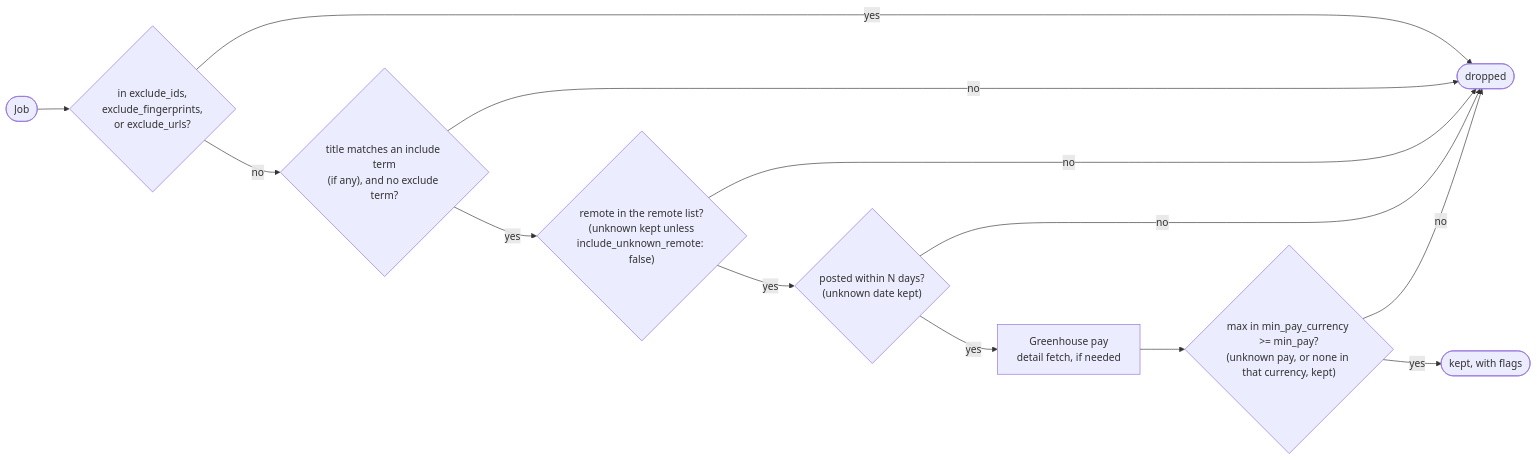
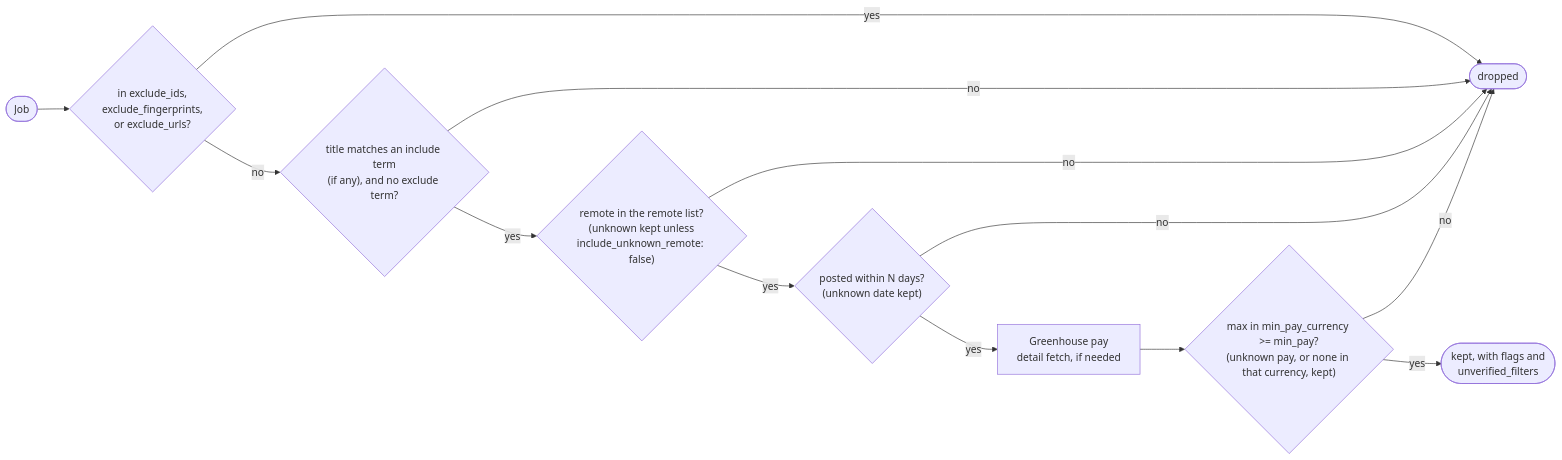
One commit to HakujouRyu/jobboard-mcp changed the third of 3 diagrams in docs/normalization.md. Above: the diagram before and after it, drawn with Mermaid. The commit also changed other lines of this file and 12 other files, not shown here.

First line of the commit message:
Name the filters each swept job was kept under without checking

````diff
--- a/docs/normalization.md
+++ b/docs/normalization.md
@@ -197,15 +198,15 @@
 ```mermaid
 flowchart LR
     job(["Job"]) --> ex{"in exclude_ids,<br/>exclude_fingerprints,<br/>or exclude_urls?"}
     ex -- yes --> drop(["dropped"])
     ex -- no --> title{"title matches an include term<br/>(if any), and no exclude term?"}
     title -- no --> drop
     title -- yes --> rem{"remote in the remote list?<br/>(unknown kept unless<br/>include_unknown_remote: false)"}
     rem -- no --> drop
     rem -- yes --> date{"posted within N days?<br/>(unknown date kept)"}
     date -- no --> drop
     date -- yes --> detail["Greenhouse pay<br/>detail fetch, if needed"]
     detail --> pay{"max in min_pay_currency >= min_pay?<br/>(unknown pay, or none in that currency, kept)"}
     pay -- no --> drop
-    pay -- yes --> keep(["kept, with flags"])
+    pay -- yes --> keep(["kept, with flags and<br/>unverified_filters"])
 ```
````
